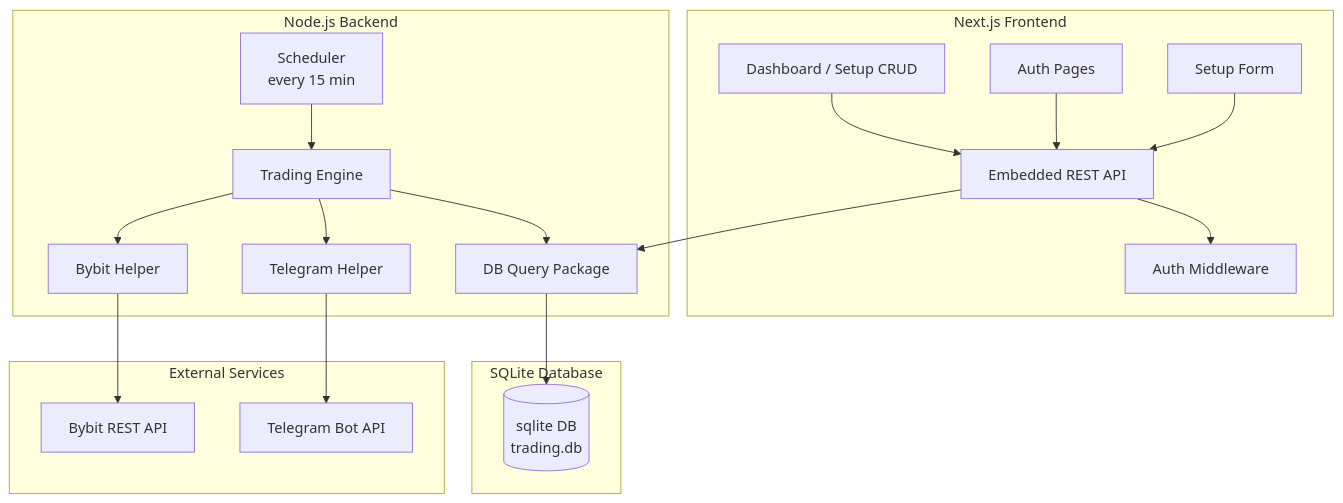
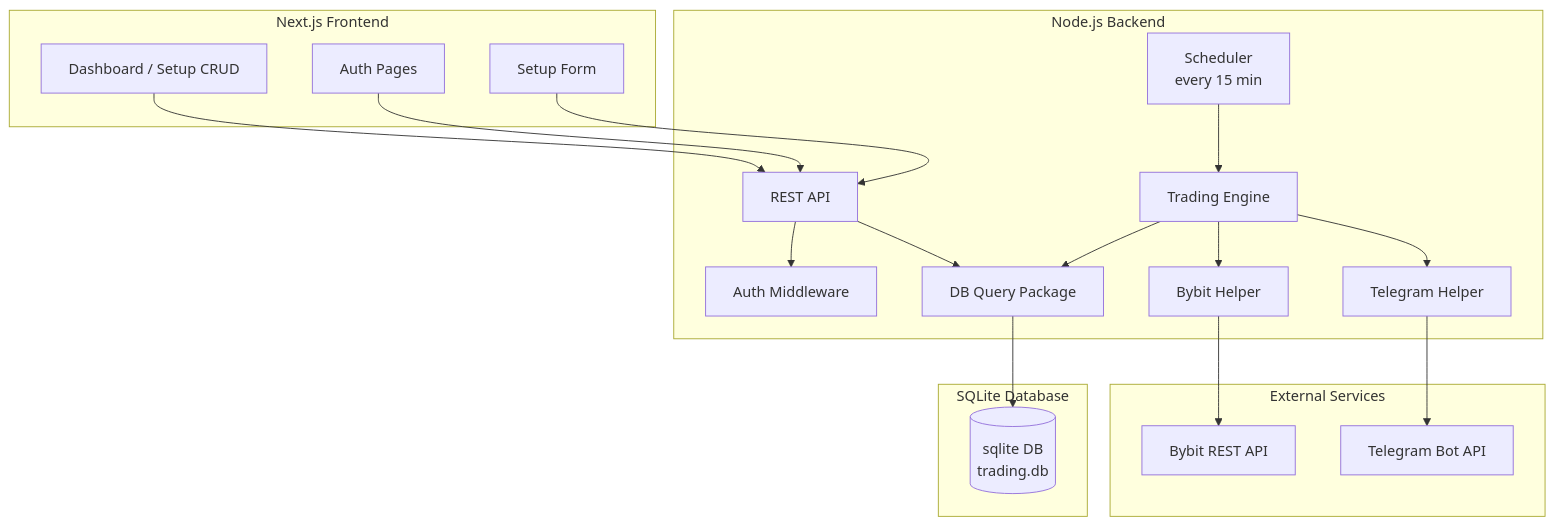
The first of 2 diagrams in README.md (assist99/omnitrader), drawn with Mermaid before and after one commit. The commit also changed 3 other files, not shown here.

````diff
--- a/README.md
+++ b/README.md
@@ -23,40 +23,40 @@
 ```mermaid
-graph TB
+graph TB 
     subgraph Frontend["Next.js Frontend"]
         UI[Dashboard / Setup CRUD]
         Auth[Auth Pages]
         SetupForm[Setup Form]
-        REST[Embedded REST API]
-        AuthM[Auth Middleware]
     end
 
     subgraph Backend["Node.js Backend"]
+        REST[REST API]
+        AuthM[Auth Middleware]
         DBQ[DB Query Package]
         Sched[Scheduler<br/>every 15 min]
         Engine[Trading Engine]
         BybitH[Bybit Helper]
         TelH[Telegram Helper]
     end
 
     subgraph Data["SQLite Database"]
         DB[("sqlite DB<br/>trading.db")]
     end
 
     subgraph External["External Services"]
         BybitAPI[Bybit REST API]
         TelAPI[Telegram Bot API]
     end
 
     UI --> REST
     Auth --> REST
     SetupForm --> REST
     REST --> AuthM
     REST --> DBQ
     Sched --> Engine
     Engine --> DBQ
     Engine --> BybitH
     Engine --> TelH
     DBQ --> DB
     BybitH --> BybitAPI
     TelH --> TelAPI
 ```
````
